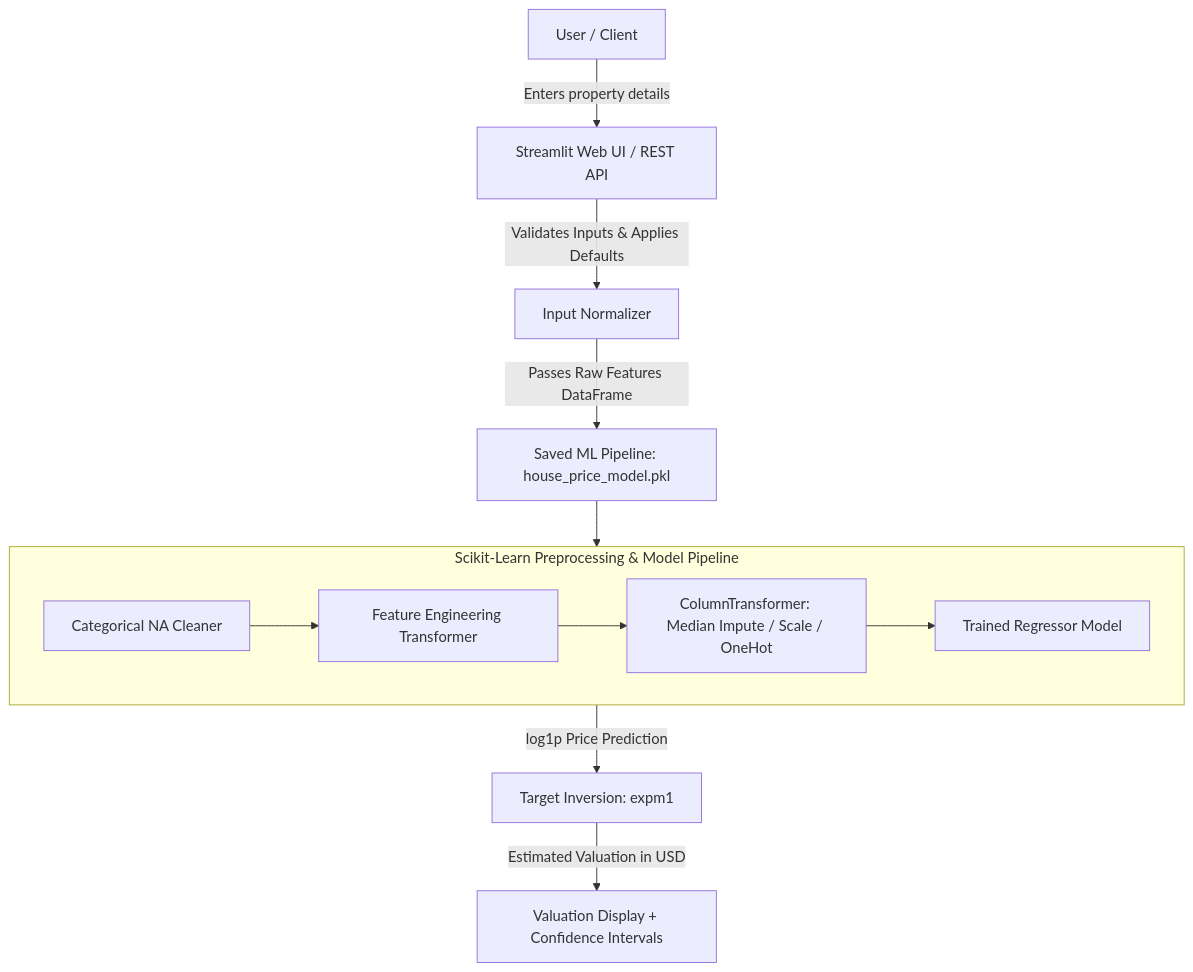
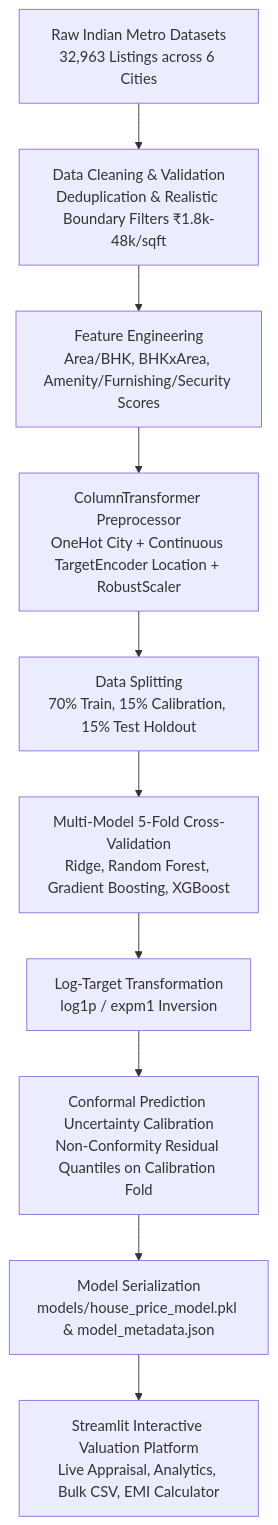
Before and after one commit to koteswaraosabbavarapu-stack/Real-Estate-Valuation: the diagram in README.md, drawn with Mermaid. The commit also changed other lines of this file and 35 other files, not shown here.

Commit message:
Upgrade to Indian Real Estate Valuation & Automated Appraisal System (BharatProp AI)

````diff
--- a/README.md
+++ b/README.md
@@ -54,14 +56,12 @@
 ```mermaid
-graph TD
-    A[User / Client] -->|Enters property details| B[Streamlit Web UI / REST API]
-    B -->|Validates Inputs & Applies Defaults| C[Input Normalizer]
-    C -->|Passes Raw Features DataFrame| D[Saved ML Pipeline: house_price_model.pkl]
-    subgraph ML_Pipeline [Scikit-Learn Preprocessing & Model Pipeline]
-        D1[Categorical NA Cleaner] --> D2[Feature Engineering Transformer]
-        D2 --> D3[ColumnTransformer: Median Impute / Scale / OneHot]
-        D3 --> D4[Trained Regressor Model]
-    end
-    D --> ML_Pipeline
-    ML_Pipeline -->|log1p Price Prediction| E[Target Inversion: expm1]
-    E -->|Estimated Valuation in USD| F[Valuation Display + Confidence Intervals]
+flowchart TD
+    A[Raw Indian Metro Datasets<br>32,963 Listings across 6 Cities] --> B[Data Cleaning & Validation<br>Deduplication & Realistic Boundary Filters ₹1.8k-48k/sqft]
+    B --> C[Feature Engineering<br>Area/BHK, BHKxArea, Amenity/Furnishing/Security Scores]
+    C --> D[ColumnTransformer Preprocessor<br>OneHot City + Continuous TargetEncoder Location + RobustScaler]
+    D --> E[Data Splitting<br>70% Train, 15% Calibration, 15% Test Holdout]
+    E --> F[Multi-Model 5-Fold Cross-Validation<br>Ridge, Random Forest, Gradient Boosting, XGBoost]
+    F --> G[Log-Target Transformation<br>log1p / expm1 Inversion]
+    G --> H[Conformal Prediction Uncertainty Calibration<br>Non-Conformity Residual Quantiles on Calibration Fold]
+    H --> I[Model Serialization<br>models/house_price_model.pkl & model_metadata.json]
+    I --> J[Streamlit Interactive Valuation Platform<br>Live Appraisal, Analytics, Bulk CSV, EMI Calculator]
 ```
````
